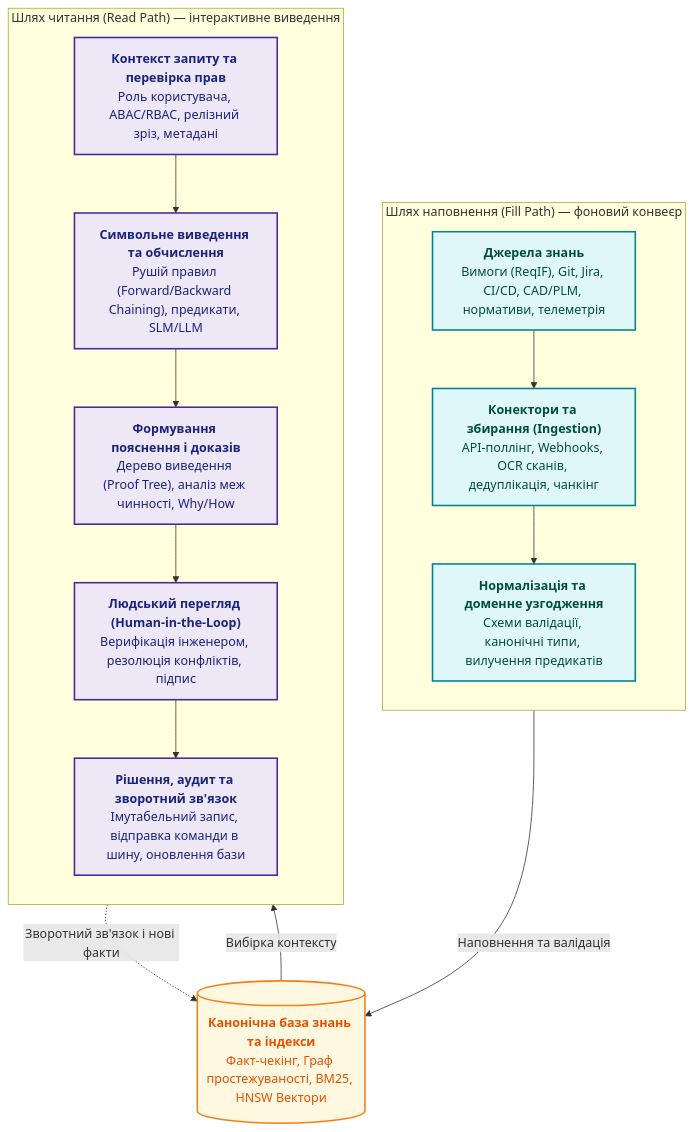
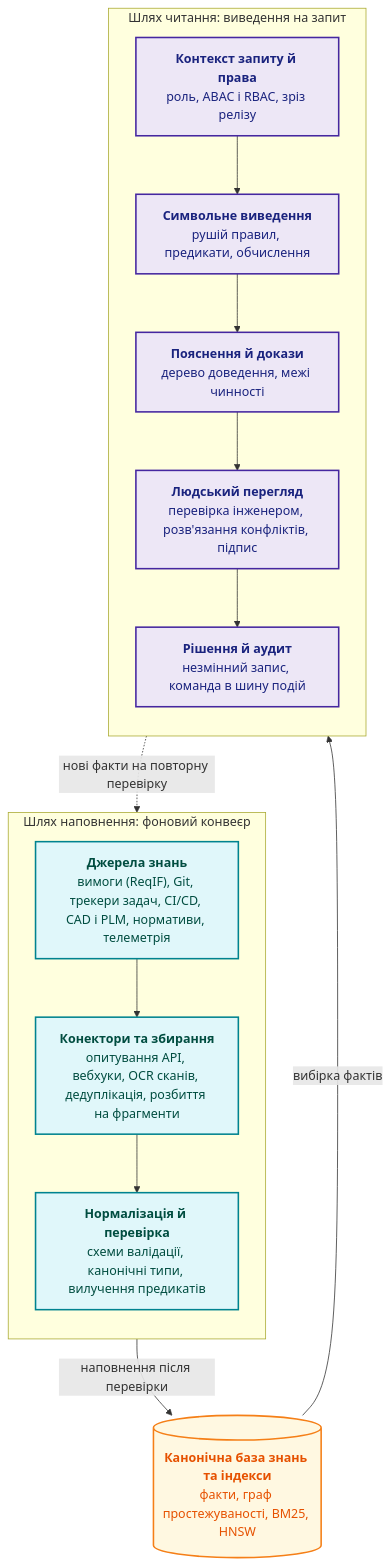
Before and after one commit to nick-fedchik/articles: the second of 5 diagrams in ExpertSystem/ch16-expert-systems-architecture.md, drawn with Mermaid. The commit also changed other lines of this file and 1 other file, not shown here.

````diff
--- a/ExpertSystem/ch16-expert-systems-architecture.md
+++ b/ExpertSystem/ch16-expert-systems-architecture.md
@@ -183,37 +154,37 @@
 ```mermaid
 flowchart TB
-    accTitle: Референсна архітектура експертної системи
-    accDescr: Двоконтурна організація потоків даних - фоновий шлях наповнення знань та інтерактивний шлях виведення рішень.
+    accTitle: Референсна архітектура доказової експертної системи
+    accDescr: Фоновий шлях наповнення перетворює джерела на канонічну базу знань, а шлях читання обробляє запит від перевірки прав до рішення й аудиту та повертає нові факти на повторну перевірку.
 
-    subgraph FillPath["Шлях наповнення (Fill Path) — фоновий конвеєр"]
+    subgraph FillPath["Шлях наповнення: фоновий конвеєр"]
         direction TB
-        F1["<b>Джерела знань</b><br/>Вимоги (ReqIF), Git, Jira, CI/CD, CAD/PLM, нормативи, телеметрія"]
-        F2["<b>Конектори та збирання (Ingestion)</b><br/>API-поллінг, Webhooks, OCR сканів, дедуплікація, чанкінг"]
-        F3["<b>Нормалізація та доменне узгодження</b><br/>Схеми валідації, канонічні типи, вилучення предикатів"]
+        F1["<b>Джерела знань</b><br/>вимоги (ReqIF), Git, трекери задач, CI/CD, CAD і PLM, нормативи, телеметрія"]
+        F2["<b>Конектори та збирання</b><br/>опитування API, вебхуки, OCR сканів, дедуплікація, розбиття на фрагменти"]
+        F3["<b>Нормалізація й перевірка</b><br/>схеми валідації, канонічні типи, вилучення предикатів"]
         F1 --> F2 --> F3
     end
 
-    KB[("<b>Канонічна база знань та індекси</b><br/>Факт-чекінг, Граф простежуваності, BM25, HNSW Вектори")]
-    F3 -->|"Наповнення та валідація"| KB
+    KB[("<b>Канонічна база знань та індекси</b><br/>факти, граф простежуваності, BM25, HNSW")]
+    F3 -->|"наповнення після перевірки"| KB
 
-    subgraph ReadPath["Шлях читання (Read Path) — інтерактивне виведення"]
+    subgraph ReadPath["Шлях читання: виведення на запит"]
         direction TB
-        Q["<b>Контекст запиту та перевірка прав</b><br/>Роль користувача, ABAC/RBAC, релізний зріз, метадані"]
-        R1["<b>Символьне виведення та обчислення</b><br/>Рушій правил (Forward/Backward Chaining), предикати, SLM/LLM"]
-        R2["<b>Формування пояснення і доказів</b><br/>Дерево виведення (Proof Tree), аналіз меж чинності, Why/How"]
-        R3["<b>Людський перегляд (Human-in-the-Loop)</b><br/>Верифікація інженером, резолюція конфліктів, підпис"]
-        R4["<b>Рішення, аудит та зворотний зв'язок</b><br/>Імутабельний запис, відправка команди в шину, оновлення бази"]
+        Q["<b>Контекст запиту й права</b><br/>роль, ABAC і RBAC, зріз релізу"]
+        R1["<b>Символьне виведення</b><br/>рушій правил, предикати, обчислення"]
+        R2["<b>Пояснення й докази</b><br/>дерево доведення, межі чинності"]
+        R3["<b>Людський перегляд</b><br/>перевірка інженером, розв'язання конфліктів, підпис"]
+        R4["<b>Рішення й аудит</b><br/>незмінний запис, команда в шину подій"]
         Q --> R1 --> R2 --> R3 --> R4
     end
 
-    KB -->|"Вибірка контексту"| Q
-    R4 -.->|"Зворотний зв'язок і нові факти"| KB
+    KB -->|"вибірка фактів"| Q
+    R4 -.->|"нові факти на повторну перевірку"| F3
 
     classDef fill fill:#e0f7fa,stroke:#00838f,stroke-width:2px,color:#004d40;
     classDef kb fill:#fff8e1,stroke:#f57f17,stroke-width:2px,color:#e65100;
     classDef read fill:#ede7f6,stroke:#4527a0,stroke-width:2px,color:#1a237e;
 
     class F1,F2,F3 fill;
     class KB kb;
     class Q,R1,R2,R3,R4 read;
 ```
````
